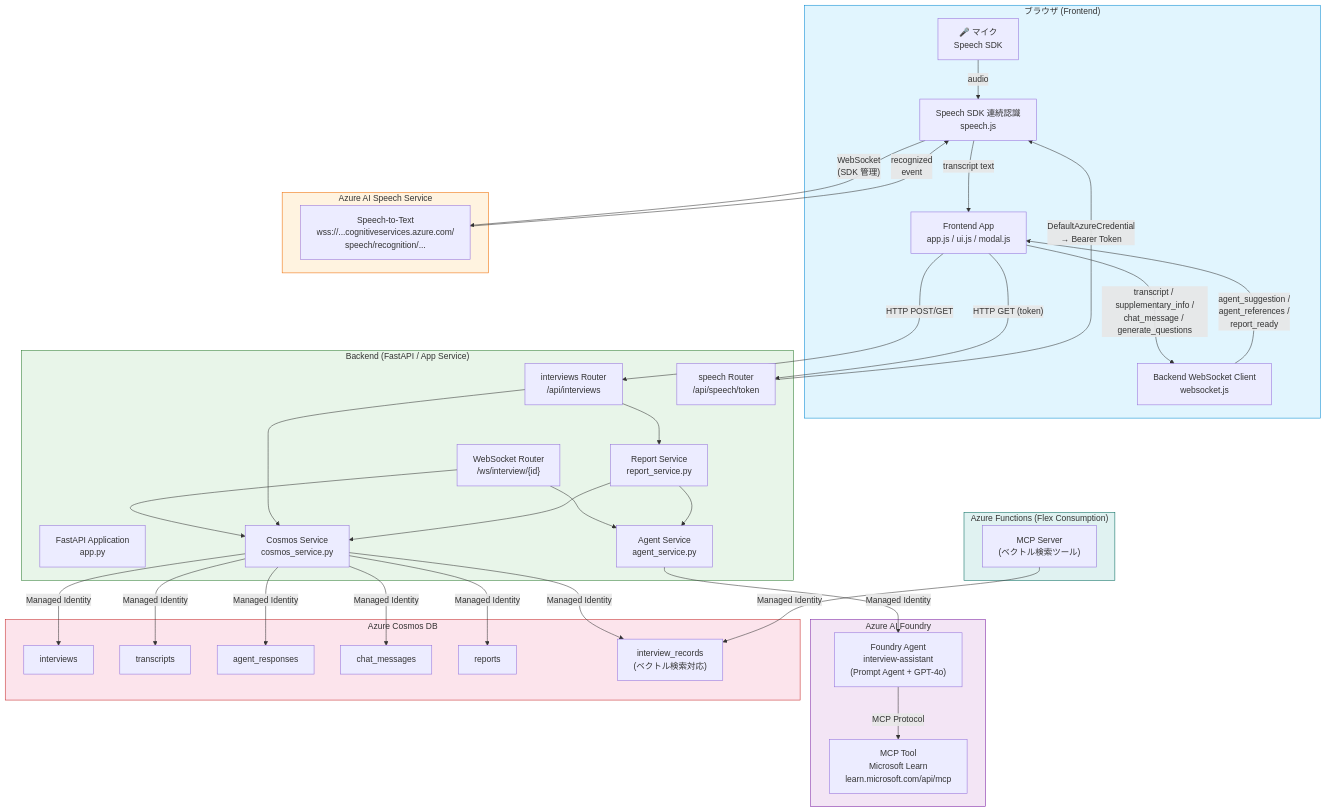
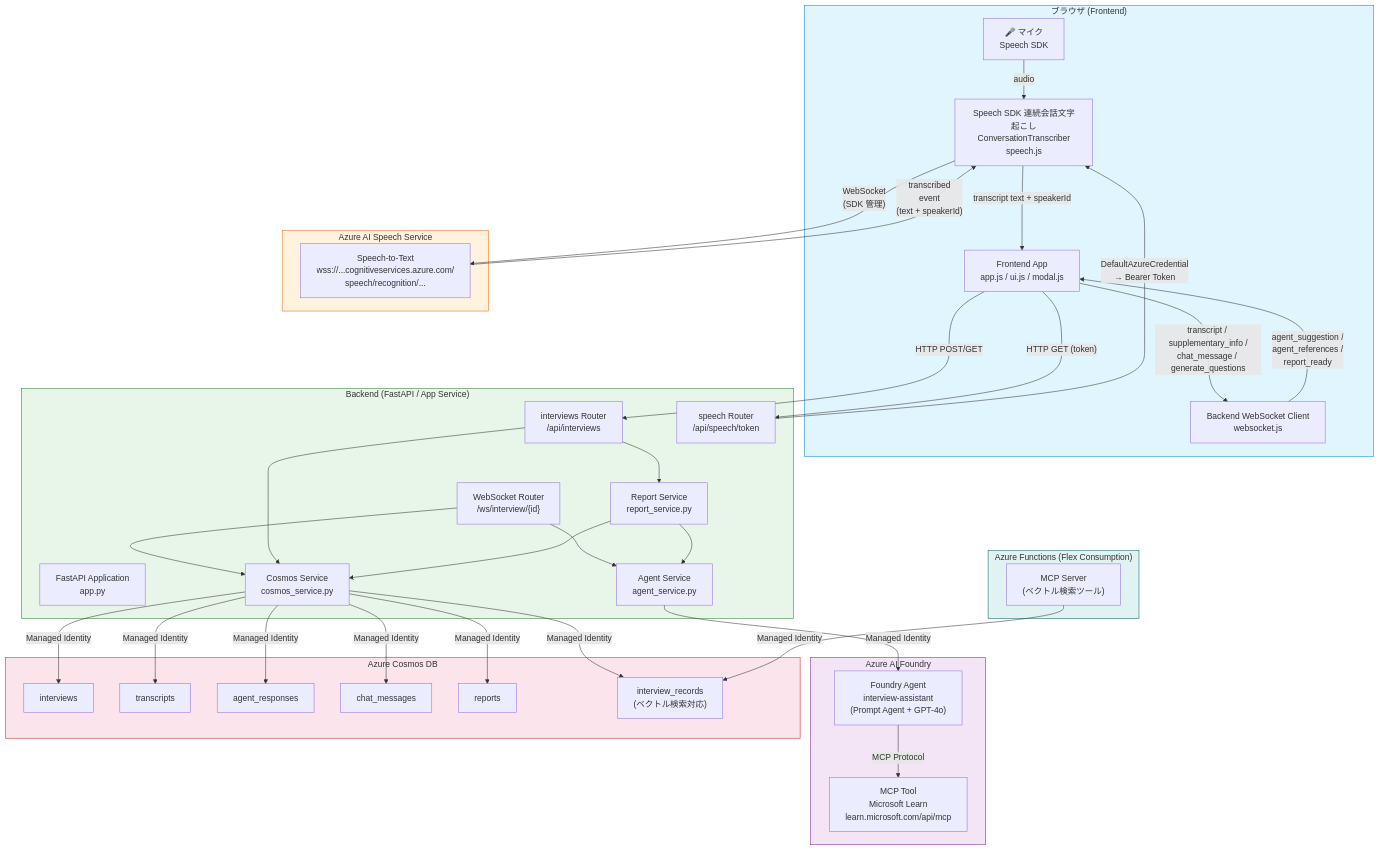
One commit to hatasaki/Interview-Assistant-AI changed the first of 22 diagrams in spec/architecture.md. Above: the diagram before and after it, drawn with Mermaid. The commit also changed other lines of this file and 10 other files, not shown here.

````diff
--- a/spec/architecture.md
+++ b/spec/architecture.md
@@ -9,78 +9,78 @@
 ```mermaid
 graph TB
     subgraph Browser["ブラウザ (Frontend)"]
         MIC["🎤 マイク<br/>Speech SDK"]
-        SPEECH_JS["Speech SDK 連続認識<br/>speech.js"]
+        SPEECH_JS["Speech SDK 連続会話文字起こし<br/>ConversationTranscriber<br/>speech.js"]
         FE["Frontend App<br/>app.js / ui.js / modal.js"]
         BE_WS["Backend WebSocket Client<br/>websocket.js"]
     end
 
     subgraph Azure_Speech["Azure AI Speech Service"]
         SPEECH_API["Speech-to-Text<br/>wss://...cognitiveservices.azure.com/<br/>speech/recognition/..."]
     end
 
     subgraph Backend["Backend (FastAPI / App Service)"]
         APP["FastAPI Application<br/>app.py"]
         R_INT["interviews Router<br/>/api/interviews"]
         R_SP["speech Router<br/>/api/speech/token"]
         R_WS["WebSocket Router<br/>/ws/interview/{id}"]
         AGT_SVC["Agent Service<br/>agent_service.py"]
         COS_SVC["Cosmos Service<br/>cosmos_service.py"]
         RPT_SVC["Report Service<br/>report_service.py"]
     end
 
     subgraph Azure_AI["Azure AI Foundry"]
         AGENT["Foundry Agent<br/>interview-assistant<br/>(Prompt Agent + GPT-4o)"]
         MCP["MCP Tool<br/>Microsoft Learn<br/>learn.microsoft.com/api/mcp"]
     end
 
     subgraph Azure_Cosmos["Azure Cosmos DB"]
         DB_INT["interviews"]
         DB_TR["transcripts"]
         DB_AR["agent_responses"]
         DB_CM["chat_messages"]
         DB_RP["reports"]
         DB_IR["interview_records<br/>(ベクトル検索対応)"]
     end
 
     subgraph Azure_Functions["Azure Functions (Flex Consumption)"]
         MCP_SRV["MCP Server<br/>(ベクトル検索ツール)"]
     end
 
     MIC -->|"audio"| SPEECH_JS
     SPEECH_JS -->|"WebSocket<br/>(SDK 管理)"| SPEECH_API
-    SPEECH_API -->|"recognized<br/>event"| SPEECH_JS
-    SPEECH_JS -->|"transcript text"| FE
+    SPEECH_API -->|"transcribed<br/>event<br/>(text + speakerId)"| SPEECH_JS
+    SPEECH_JS -->|"transcript text + speakerId"| FE
 
     FE -->|"transcript / supplementary_info /<br/>chat_message / generate_questions"| BE_WS
     BE_WS -->|"agent_suggestion /<br/>agent_references /<br/>report_ready"| FE
 
     FE -->|"HTTP POST/GET"| R_INT
     FE -->|"HTTP GET (token)"| R_SP
 
     R_SP -->|"DefaultAzureCredential<br/>→ Bearer Token"| SPEECH_JS
 
     R_WS --> AGT_SVC
     R_WS --> COS_SVC
     R_INT --> COS_SVC
     R_INT --> RPT_SVC
     RPT_SVC --> AGT_SVC
     RPT_SVC --> COS_SVC
 
     AGT_SVC -->|"Managed Identity"| AGENT
     AGENT -->|"MCP Protocol"| MCP
     COS_SVC -->|"Managed Identity"| DB_INT
     COS_SVC -->|"Managed Identity"| DB_TR
     COS_SVC -->|"Managed Identity"| DB_AR
     COS_SVC -->|"Managed Identity"| DB_CM
     COS_SVC -->|"Managed Identity"| DB_RP
     COS_SVC -->|"Managed Identity"| DB_IR
     MCP_SRV -->|"Managed Identity"| DB_IR
 
     style Browser fill:#e1f5fe,stroke:#0288d1
     style Azure_Speech fill:#fff3e0,stroke:#ef6c00
     style Backend fill:#e8f5e9,stroke:#2e7d32
     style Azure_AI fill:#f3e5f5,stroke:#7b1fa2
     style Azure_Cosmos fill:#fce4ec,stroke:#c62828
     style Azure_Functions fill:#e0f2f1,stroke:#00695c
 ```
````
